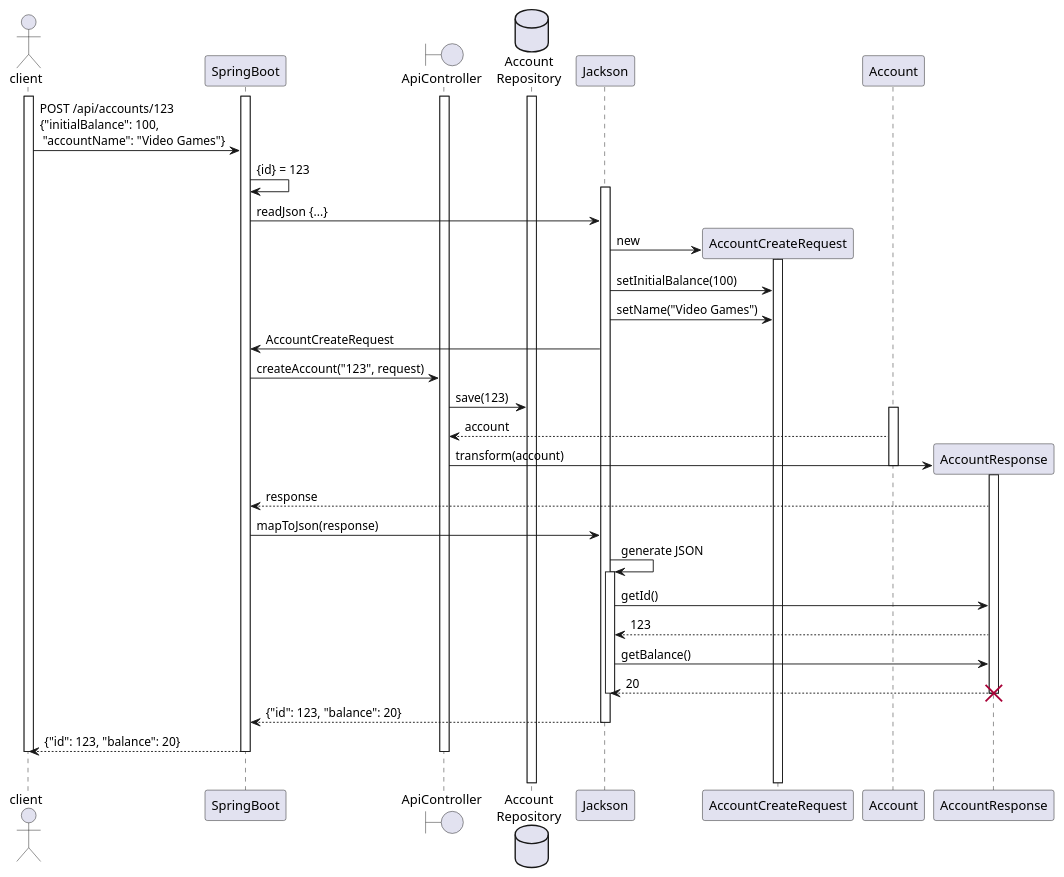
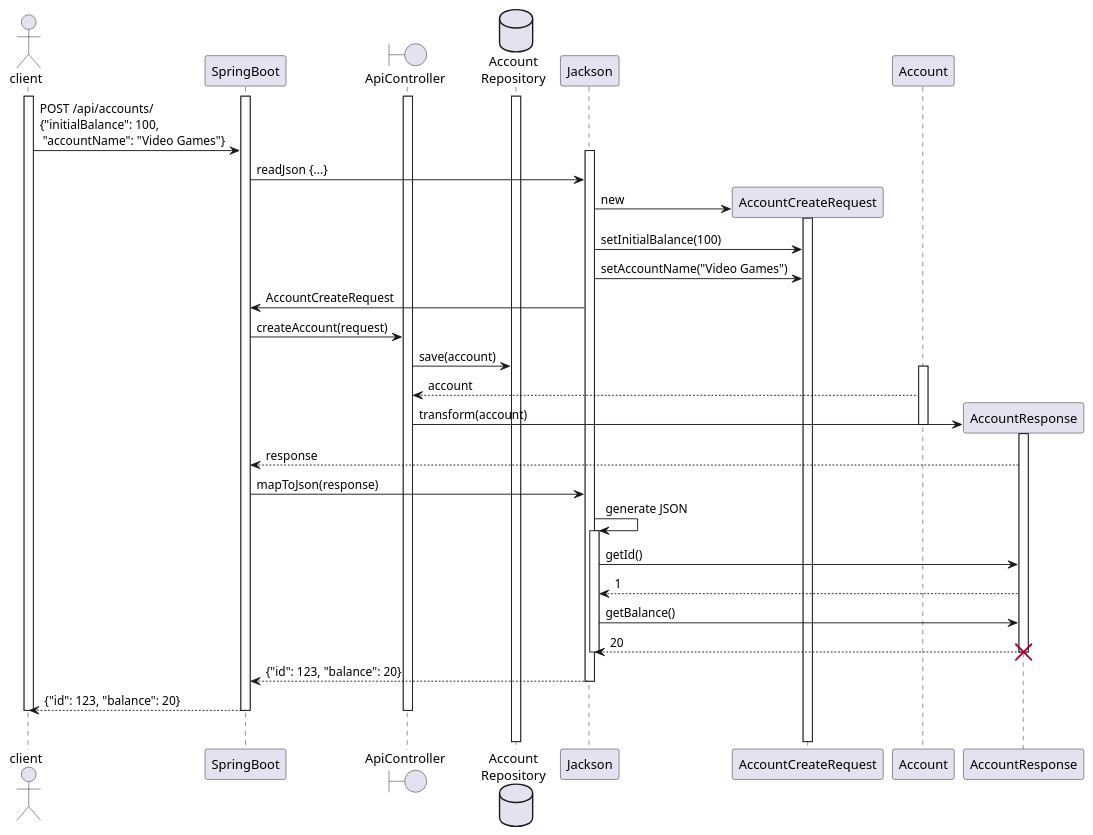
The diagram in diagrams/json-to-object-create-account.puml (ted-ncg/labs), drawn with PlantUML before and after one commit. The commit also changed 1 other file, not shown here.

Commit message:
Fix Lab 8 instructions and add test for POST.
Update sequence diagram to match actual operation.

```diff
--- a/diagrams/json-to-object-create-account.puml
+++ b/diagrams/json-to-object-create-account.puml
@@ -1,48 +1,47 @@
 @startuml
 actor client
 activate client
 activate SpringBoot
 boundary ApiController
 activate ApiController
 database Repository as "Account\nRepository"
 activate Repository
 
-client -> SpringBoot: POST /api/accounts/123\n{"initialBalance": 100,\n "accountName": "Video Games"}
+client -> SpringBoot: POST /api/accounts/\n{"initialBalance": 100,\n "accountName": "Video Games"}
 
-SpringBoot -> SpringBoot: {id} = 123
 activate Jackson
 SpringBoot -> Jackson: readJson {...}
 create AccountCreateRequest
 Jackson -> AccountCreateRequest: new
 activate AccountCreateRequest
 Jackson -> AccountCreateRequest: setInitialBalance(100)
-Jackson -> AccountCreateRequest: setName("Video Games")
+Jackson -> AccountCreateRequest: setAccountName("Video Games")
 SpringBoot <- Jackson: AccountCreateRequest
-SpringBoot -> ApiController: createAccount("123", request)
-ApiController -> Repository: save(123)
+SpringBoot -> ApiController: createAccount(request)
+ApiController -> Repository: save(account)
 activate Account
 Account --> ApiController: account
 create AccountResponse
 ApiController -> AccountResponse: transform(account)
 deactivate Account
 
 activate AccountResponse
 AccountResponse --> SpringBoot: response
 SpringBoot -> Jackson: mapToJson(response)
 Jackson -> Jackson: generate JSON
 activate Jackson
 Jackson -> AccountResponse: getId()
-AccountResponse --> Jackson: 123
+AccountResponse --> Jackson: 1
 Jackson -> AccountResponse: getBalance()
 AccountResponse --> Jackson: 20
 deactivate Jackson
 destroy AccountResponse
 Jackson --> SpringBoot: {"id": 123, "balance": 20}
 deactivate Jackson
 
 SpringBoot --> client: {"id": 123, "balance": 20}
 deactivate ApiController
 deactivate SpringBoot
 deactivate client
 |||
 @enduml
```
